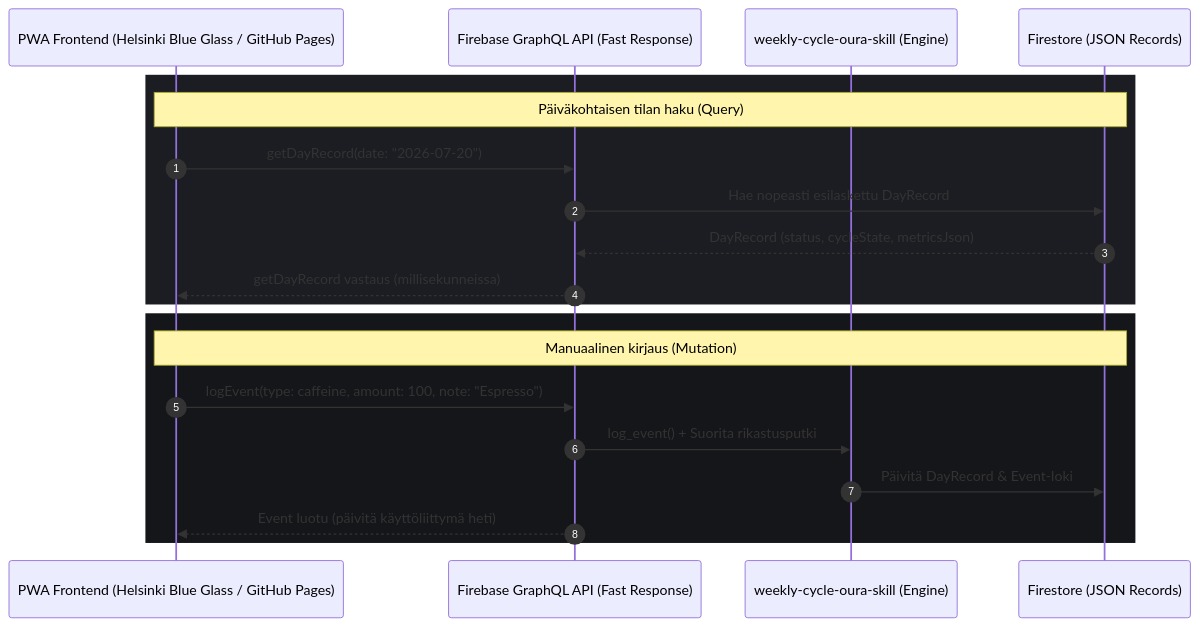
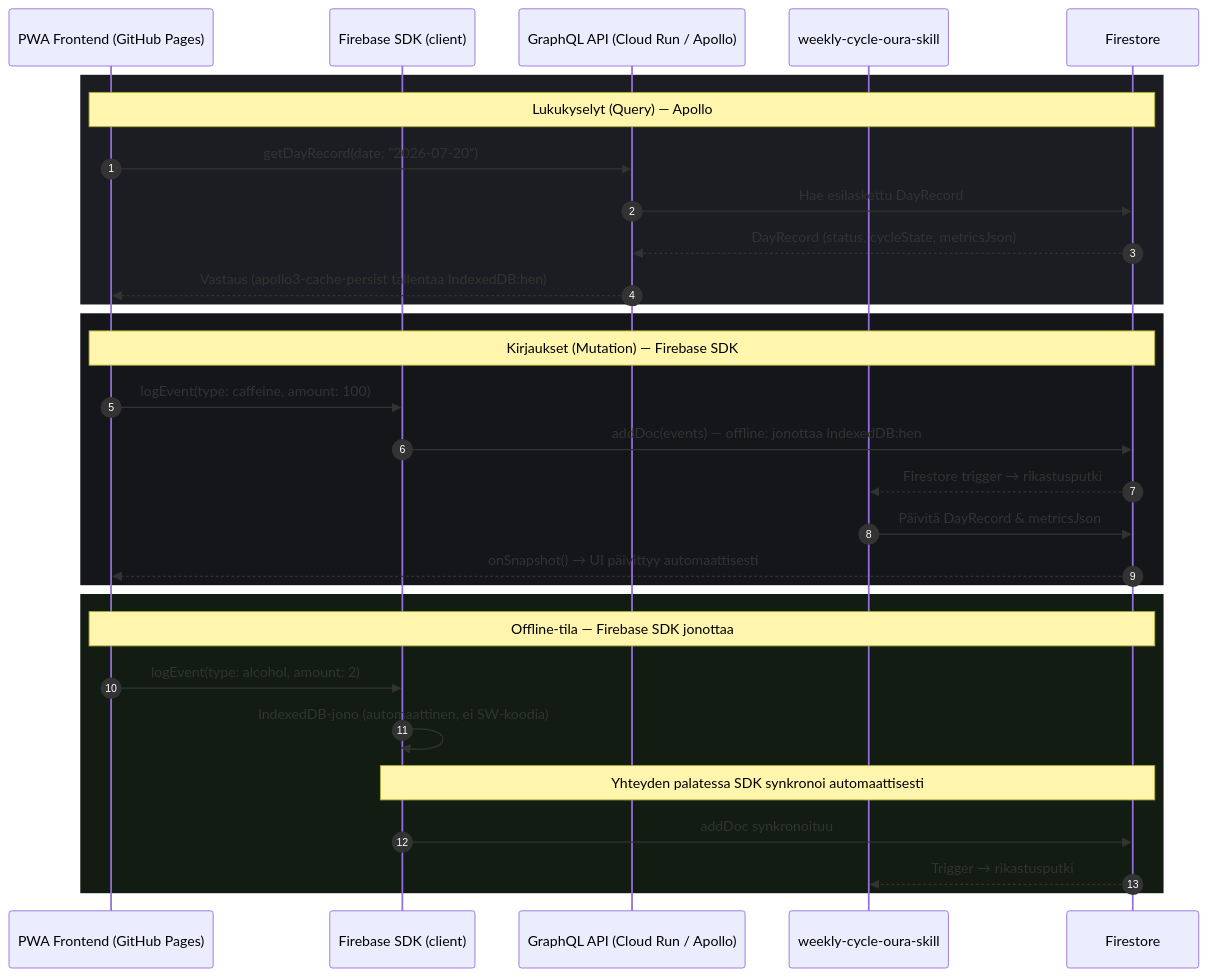
One commit to jaakkokorhonen/pwa-oura changed the first of 3 diagrams in use_cases_visual_design.md. Above: the diagram before and after it, drawn with Mermaid. The commit also changed other lines of this file, not shown here.

Commit message:
docs: päivitä arkkitehtuurikaavio hybridi-malliin (Firebase SDK kirjauksiin, Apollo lukuihin)

````diff
--- a/use_cases_visual_design.md
+++ b/use_cases_visual_design.md
@@ -19,24 +23,35 @@
 ```mermaid
 sequenceDiagram
     autonumber
-    participant PWA as PWA Frontend (Helsinki Blue Glass / GitHub Pages)
-    participant GQL as Firebase GraphQL API (Fast Response)
-    participant Skill as weekly-cycle-oura-skill (Engine)
-    participant DB as Firestore (JSON Records)
+    participant PWA as PWA Frontend (GitHub Pages)
+    participant SDK as Firebase SDK (client)
+    participant GQL as GraphQL API (Cloud Run / Apollo)
+    participant Skill as weekly-cycle-oura-skill
+    participant DB as Firestore
 
     rect rgb(28, 29, 34)
-        Note over PWA, DB: Päiväkohtaisen tilan haku (Query)
+        Note over PWA, DB: Lukukyselyt (Query) — Apollo
         PWA->>GQL: getDayRecord(date: "2026-07-20")
-        GQL->>DB: Hae nopeasti esilaskettu DayRecord
+        GQL->>DB: Hae esilaskettu DayRecord
         DB-->>GQL: DayRecord (status, cycleState, metricsJson)
-        GQL-->>PWA: getDayRecord vastaus (millisekunneissa)
+        GQL-->>PWA: Vastaus (apollo3-cache-persist tallentaa IndexedDB:hen)
     end
 
     rect rgb(21, 22, 25)
-        Note over PWA, DB: Manuaalinen kirjaus (Mutation)
-        PWA->>GQL: logEvent(type: caffeine, amount: 100, note: "Espresso")
-        GQL->>Skill: log_event() + Suorita rikastusputki
-        Skill->>DB: Päivitä DayRecord & Event-loki
-        GQL-->>PWA: Event luotu (päivitä käyttöliittymä heti)
+        Note over PWA, DB: Kirjaukset (Mutation) — Firebase SDK
+        PWA->>SDK: logEvent(type: caffeine, amount: 100)
+        SDK->>DB: addDoc(events) — offline: jonottaa IndexedDB:hen
+        DB-->>Skill: Firestore trigger → rikastusputki
+        Skill->>DB: Päivitä DayRecord & metricsJson
+        DB-->>PWA: onSnapshot() → UI päivittyy automaattisesti
+    end
+
+    rect rgb(18, 28, 18)
+        Note over PWA, DB: Offline-tila — Firebase SDK jonottaa
+        PWA->>SDK: logEvent(type: alcohol, amount: 2)
+        SDK->>SDK: IndexedDB-jono (automaattinen, ei SW-koodia)
+        Note over SDK, DB: Yhteyden palatessa SDK synkronoi automaattisesti
+        SDK->>DB: addDoc synkronoituu
+        DB-->>Skill: Trigger → rikastusputki
     end
 ```
````
